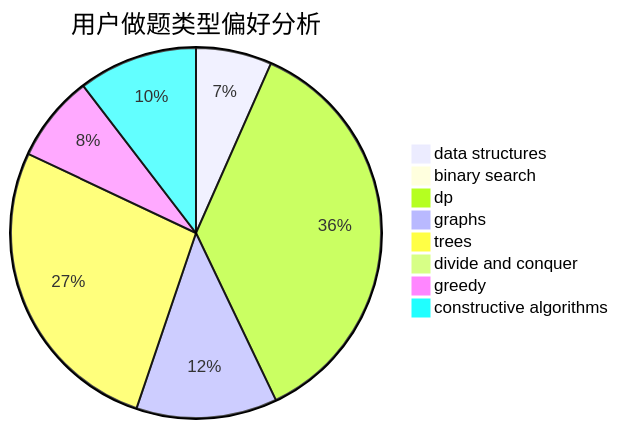
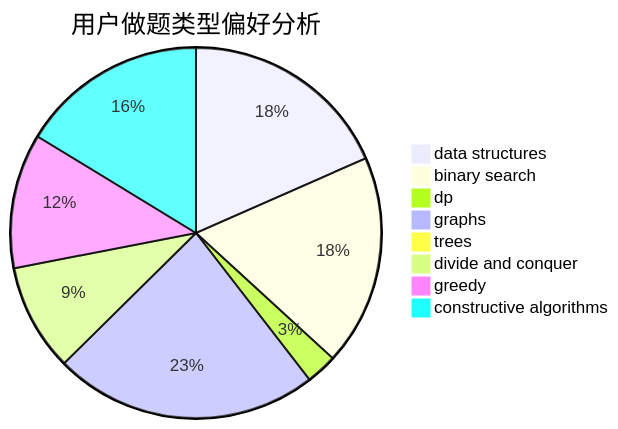
Before and after one commit to sherpahu/cfrs.github.io: the second of 3 diagrams in docs/user/u1897.md, drawn with Mermaid. The commit also changed other lines of this file and 2770 other files, not shown here.

````diff
--- a/docs/user/u1897.md
+++ b/docs/user/u1897.md
@@ -23,11 +23,11 @@
 ```mermaid
 pie title 用户做题类型偏好分析
-    "data structures" :  21
-    "binary search" :  1
-    "dp" :  115
-    "graphs" :  39
-    "trees" :  85
-    "divide and conquer" :  0
-    "greedy" :  24
-    "constructive algorithms" :  33
+    "data structures" :  122
+    "binary search" :  122
+    "dp" :  18
+    "graphs" :  153
+    "trees" :  4
+    "divide and conquer" :  62
+    "greedy" :  78
+    "constructive algorithms" :  108
 ```
````
